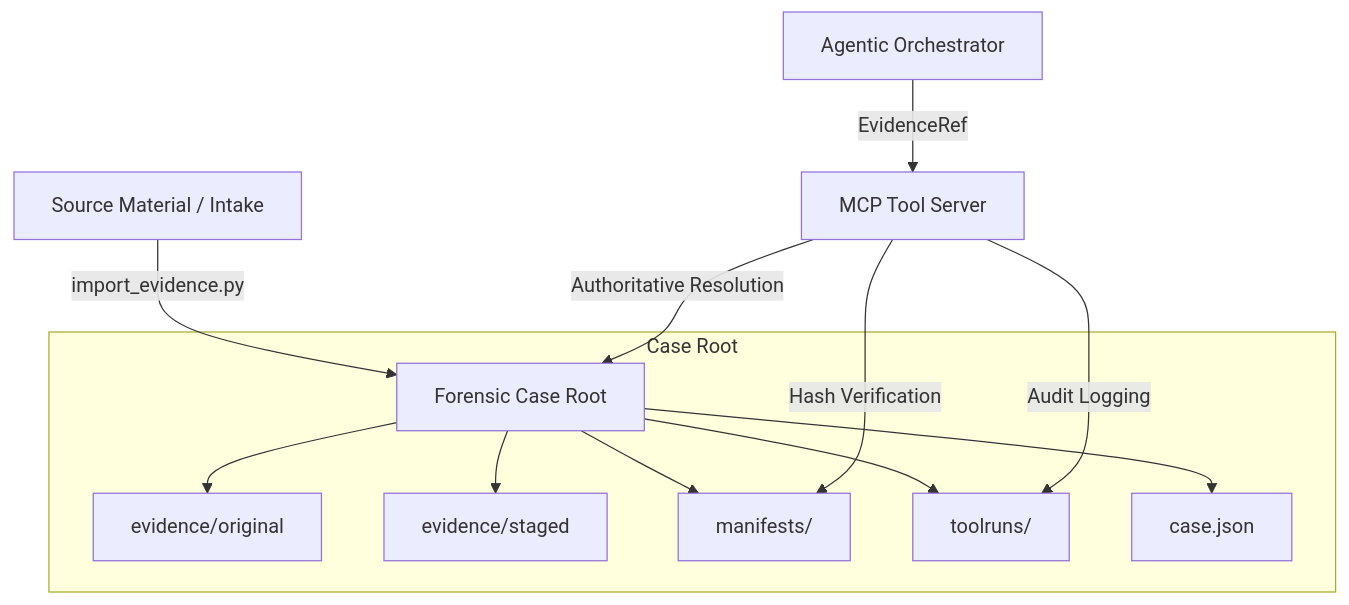
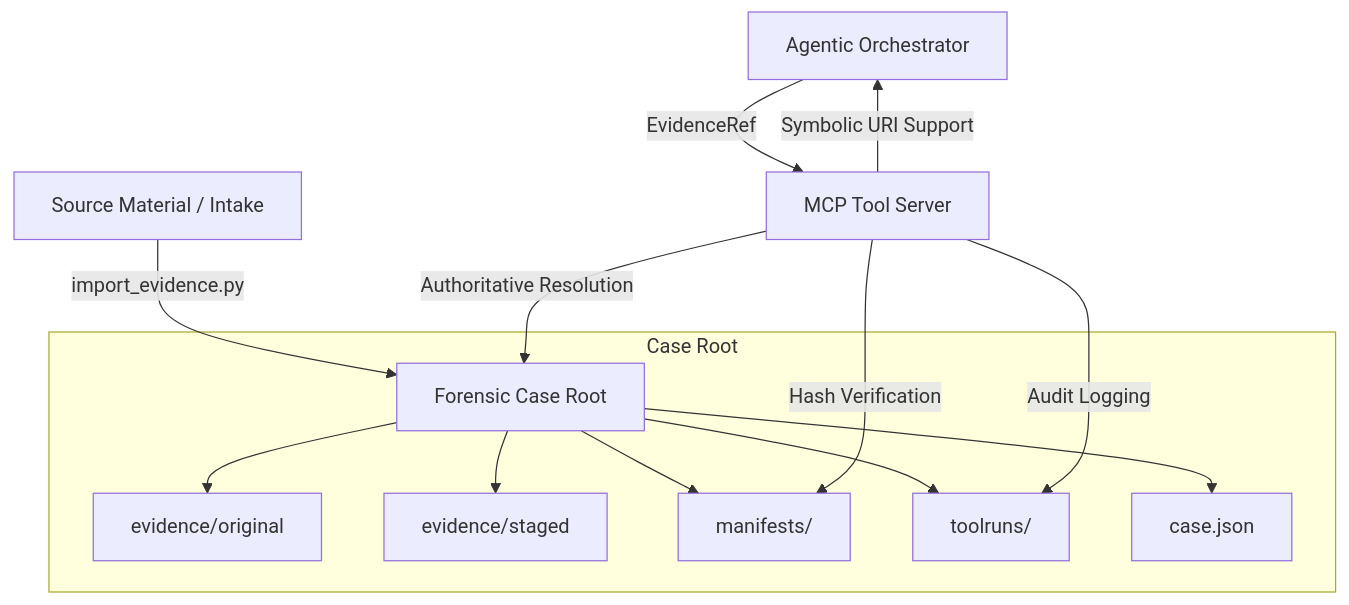
Before and after one commit to Player0xA/dfir-agentic: the diagram in README.md, drawn with Mermaid. The commit also changed other lines of this file, not shown here.

Commit message:
feat: Introduce symbolic case referencing (V32) for portable evidence paths, update autonomous triage documentation, and clarify epistemic violation messages.

````diff
--- a/README.md
+++ b/README.md
@@ -13,15 +13,16 @@
 ```mermaid
 graph TD
     A[Source Material / Intake] -->|import_evidence.py| B[Forensic Case Root]
     subgraph Case Root
         B --> C[evidence/original]
         B --> D[evidence/staged]
         B --> E[manifests/]
         B --> F[toolruns/]
         B --> G[case.json]
     end
     H[Agentic Orchestrator] -->|EvidenceRef| I[MCP Tool Server]
+    I -->|Symbolic URI Support| H
     I -->|Authoritative Resolution| B
     I -->|Hash Verification| E
     I -->|Audit Logging| F
 ```
````
